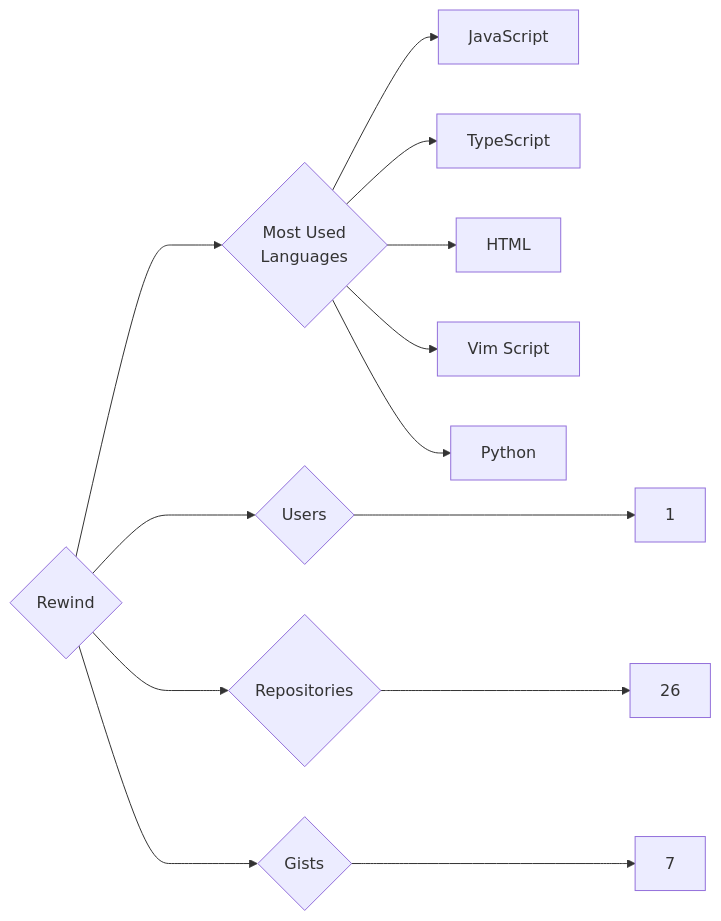
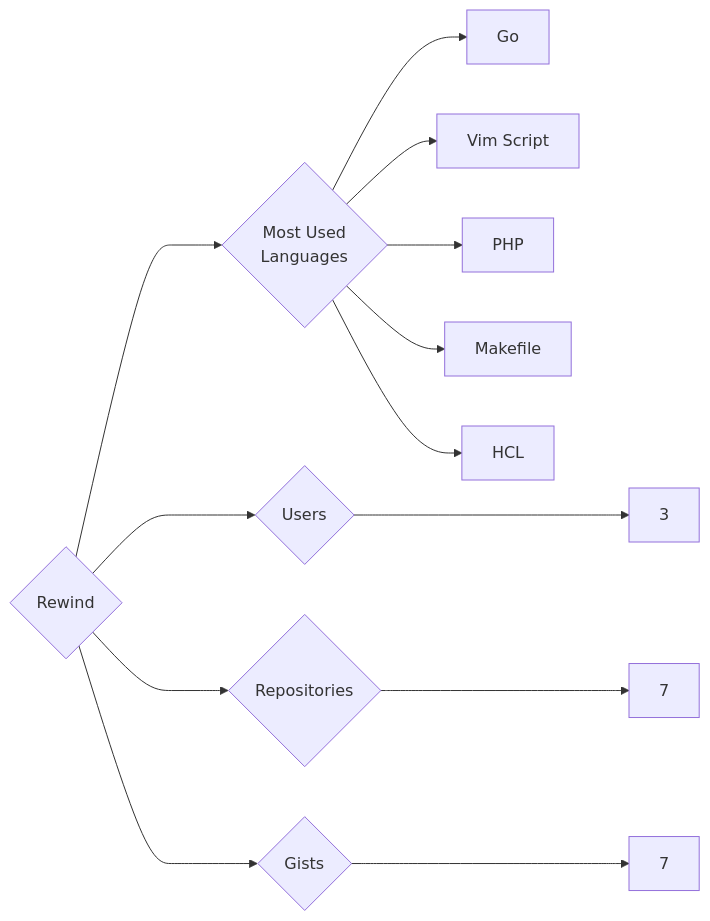
The diagram in targets/Rewind/README.md (trickest/insiders), drawn with Mermaid before and after one commit. The commit also changed 787 other files, not shown here.

````diff
--- a/targets/Rewind/README.md
+++ b/targets/Rewind/README.md
@@ -3,13 +3,13 @@
 ```mermaid
 graph LR
 COMPANY_NAME{Rewind}
-COMPANY_NAME ---> U{Users} ---> UN[1]
-COMPANY_NAME ---> R{Repositories} ---> RN[26]
+COMPANY_NAME ---> U{Users} ---> UN[3]
+COMPANY_NAME ---> R{Repositories} ---> RN[7]
 COMPANY_NAME ---> G{Gists} ---> GN[7]
 COMPANY_NAME ---> ML{Most Used<br>Languages}
-ML --> JavaScript[JavaScript]
-ML --> TypeScript[TypeScript]
-ML --> HTML[HTML]
+ML --> Go[Go]
 ML --> Vim_Script[Vim Script]
-ML --> Python[Python]
+ML --> PHP[PHP]
+ML --> Makefile[Makefile]
+ML --> HCL[HCL]
 ```
````
